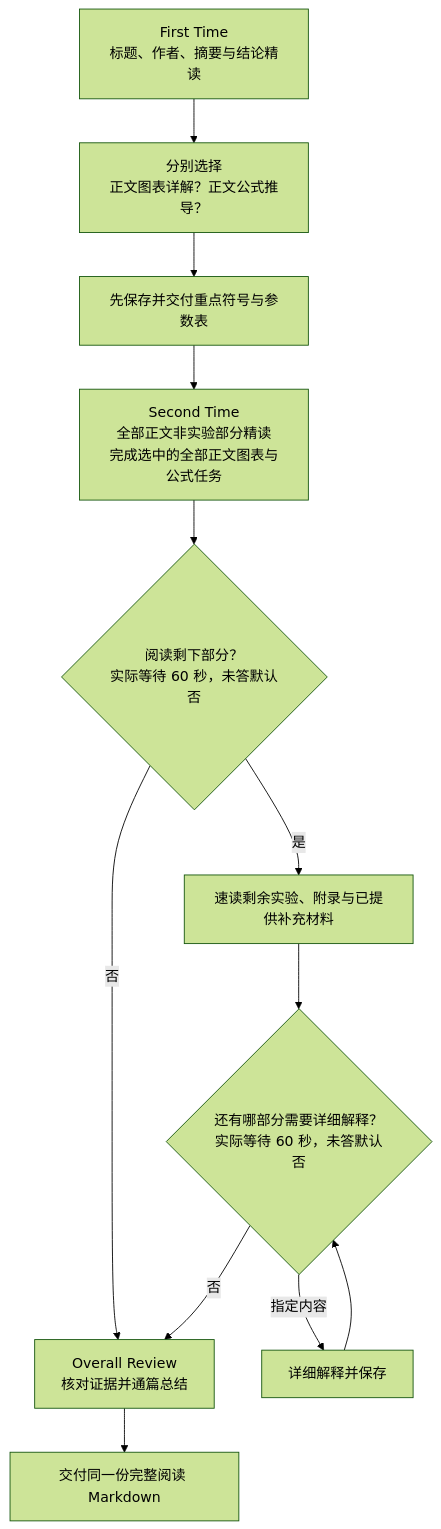
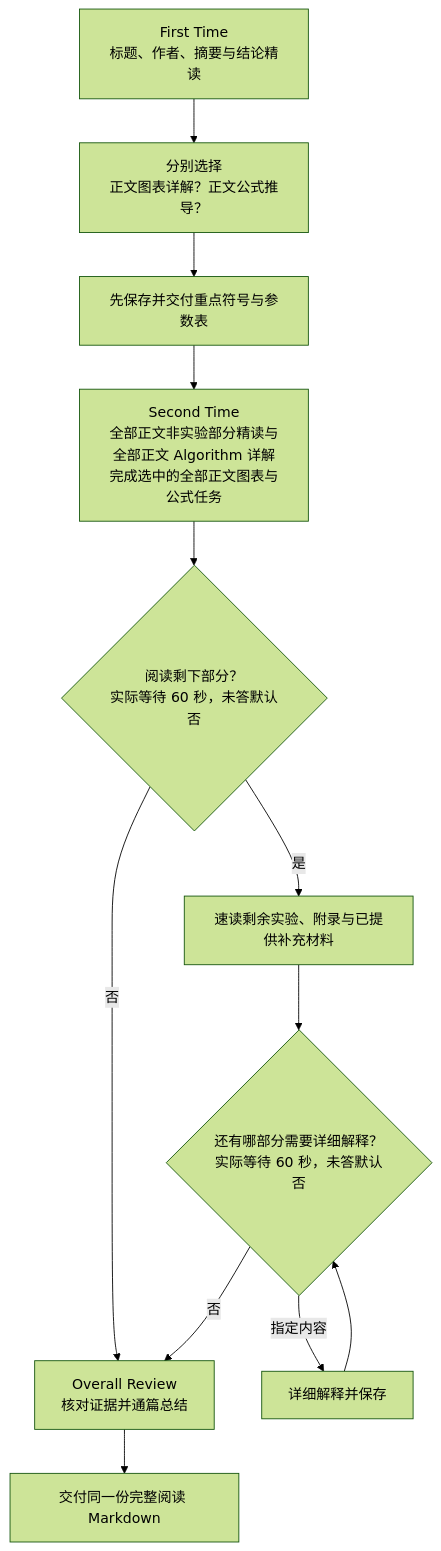
Before and after one commit to Noahxie83/staged-paper-reading: the diagram in README.md, drawn with Mermaid (forest theme). The commit also changed other lines of this file and 6 other files, not shown here.

````diff
--- a/README.md
+++ b/README.md
@@ -41,14 +41,14 @@
 ```mermaid
 flowchart TD
     A["First Time<br/>标题、作者、摘要与结论精读"] --> Q["分别选择<br/>正文图表详解？正文公式推导？"]
     Q --> S["先保存并交付重点符号与参数表"]
-    S --> B["Second Time<br/>全部正文非实验部分精读<br/>完成选中的全部正文图表与公式任务"]
+    S --> B["Second Time<br/>全部正文非实验部分精读与全部正文 Algorithm 详解<br/>完成选中的全部正文图表与公式任务"]
     B --> R{"阅读剩下部分？<br/>实际等待 60 秒，未答默认否"}
     R -->|否| D["Overall Review<br/>核对证据并通篇总结"]
     R -->|是| C["速读剩余实验、附录与已提供补充材料"]
     C --> E{"还有哪部分需要详细解释？<br/>实际等待 60 秒，未答默认否"}
     E -->|指定内容| F["详细解释并保存"]
     F --> E
     E -->|否| D
     D --> N["交付同一份完整阅读 Markdown"]
 ```
````
